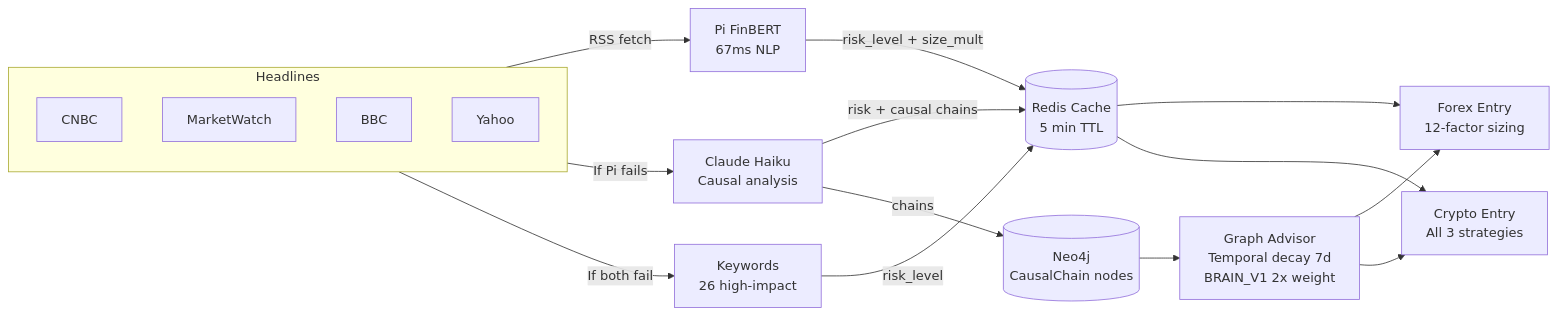
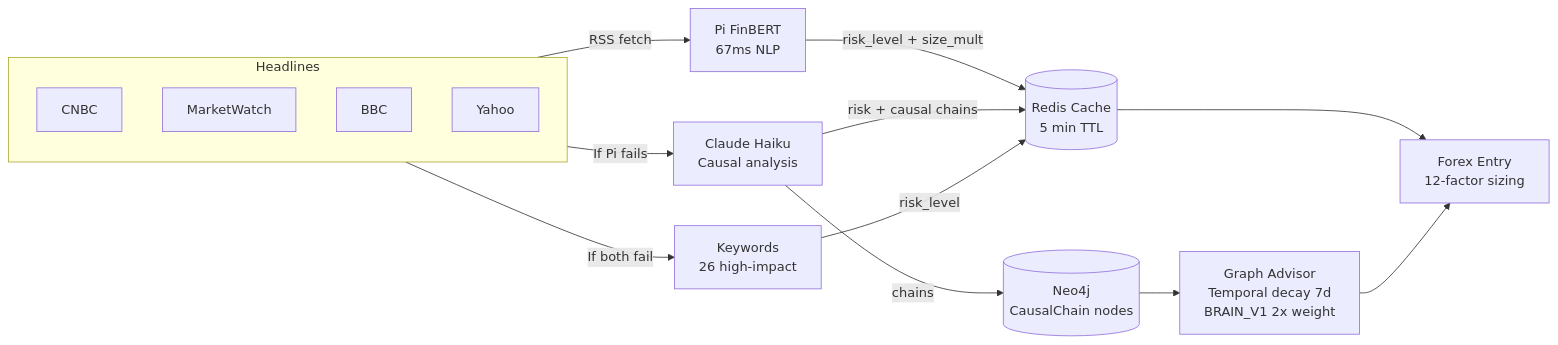
The second of 7 diagrams in ARCHITECTURE_BRAIN.md (DisciplinedFlow/metatrader5-quant-server), drawn with Mermaid before and after one commit. The commit also changed other lines of this file and 147 other files, not shown here.

````diff
--- a/ARCHITECTURE_BRAIN.md
+++ b/ARCHITECTURE_BRAIN.md
@@ -135,24 +90,22 @@
 ```mermaid
 flowchart LR
     subgraph Headlines
         H1[CNBC]
         H2[MarketWatch]
         H3[BBC]
         H4[Yahoo]
     end
 
     Headlines --> |RSS fetch| PI_NLP["Pi FinBERT\n67ms NLP"]
     Headlines --> |If Pi fails| CLAUDE_AI["Claude Haiku\nCausal analysis"]
     Headlines --> |If both fail| KW["Keywords\n26 high-impact"]
 
     PI_NLP --> |risk_level + size_mult| CACHE[(Redis Cache\n5 min TTL)]
     CLAUDE_AI --> |risk + causal chains| CACHE
     CLAUDE_AI --> |chains| NEO4J[(Neo4j\nCausalChain nodes)]
     KW --> |risk_level| CACHE
 
     CACHE --> FX_ENTRY[Forex Entry\n12-factor sizing]
-    CACHE --> CR_ENTRY[Crypto Entry\nAll 3 strategies]
     NEO4J --> ADVISOR[Graph Advisor\nTemporal decay 7d\nBRAIN_V1 2x weight]
     ADVISOR --> FX_ENTRY
-    ADVISOR --> CR_ENTRY
 ```
````
